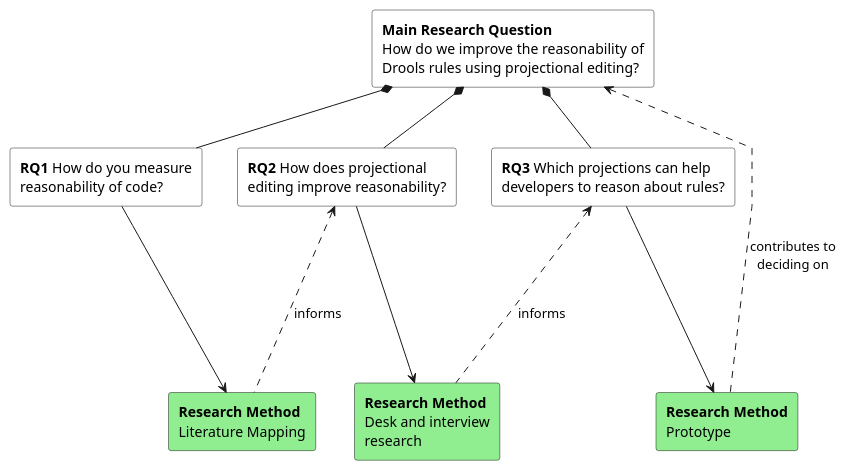
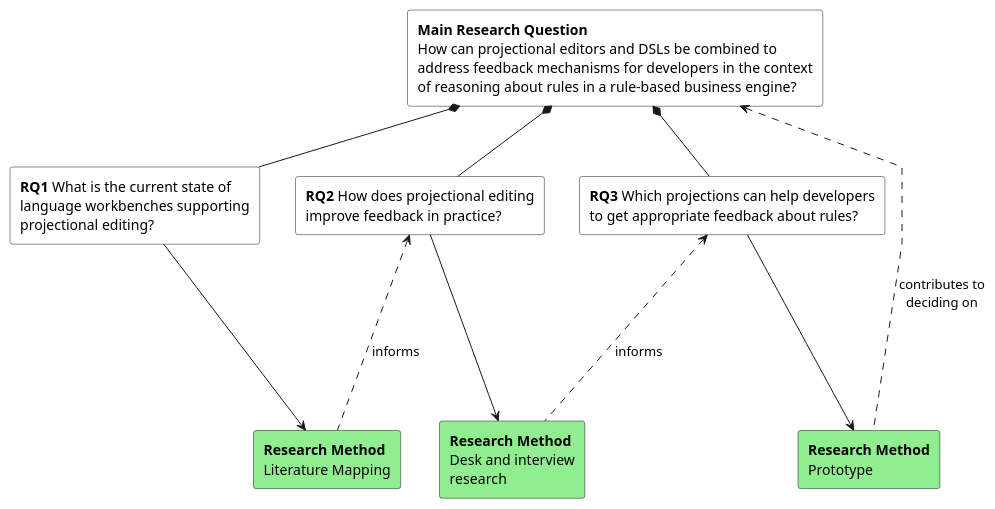
Before and after one commit to jewelEarthDeveloper/Thesis2021: the diagram in ThesisProposal/images/ResearchQuestion.wsd, drawn with PlantUML. The commit also changed 9 other files, not shown here.

```diff
--- a/ThesisProposal/images/ResearchQuestion.wsd
+++ b/ThesisProposal/images/ResearchQuestion.wsd
@@ -1,27 +1,27 @@
 @startuml
 skinparam linetype polyline
 
-rectangle "<b>Main Research Question</b>\nHow do we improve the reasonability of\nDrools rules using projectional editing?"  as MainQuestion #white
-rectangle "<b>RQ1</b> How do you measure\nreasonability of code?" as RQ1 #white
-rectangle "<b>RQ2</b> How does projectional\nediting improve reasonability?" as RQ2 #white
-rectangle "<b>RQ3</b> Which projections can help\ndevelopers to reason about rules?" as RQ3 #white
+rectangle "<b>Main Research Question</b>\nHow can projectional editors and DSLs be combined to\naddress feedback mechanisms for developers in the context\nof reasoning about rules in a rule-based business engine?"  as MainQuestion #white
+rectangle "<b>RQ1</b> What is the current state of\nlanguage workbenches supporting\nprojectional editing?" as RQ1 #white
+rectangle "<b>RQ2</b> How does projectional editing\nimprove feedback in practice?" as RQ2 #white
+rectangle "<b>RQ3</b> Which projections can help developers\nto get appropriate feedback about rules?" as RQ3 #white
 rectangle "<b>Research Method</b>\nLiterature Mapping" as RM1 #lightgreen
 rectangle "<b>Research Method</b>\nDesk and interview\nresearch" as RM2 #lightgreen
 rectangle "<b>Research Method</b>\nPrototype" as RM3 #lightgreen
 
 MainQuestion *-down- RQ1
 MainQuestion *-down- RQ2
 MainQuestion *-down- RQ3
 
 RQ1 -down-> RM1
 RQ2 -down-> RM2
 RQ3 -down-> RM3
 
 RQ1 -[hidden]right- RQ2
 RQ2 -[hidden]right- RQ3
 
 RM1 .up..> RQ2  : informs
 RM2 .up..> RQ3  : informs
 RM3 ..up..> MainQuestion : contributes to\ndeciding on
 
 @enduml
```
